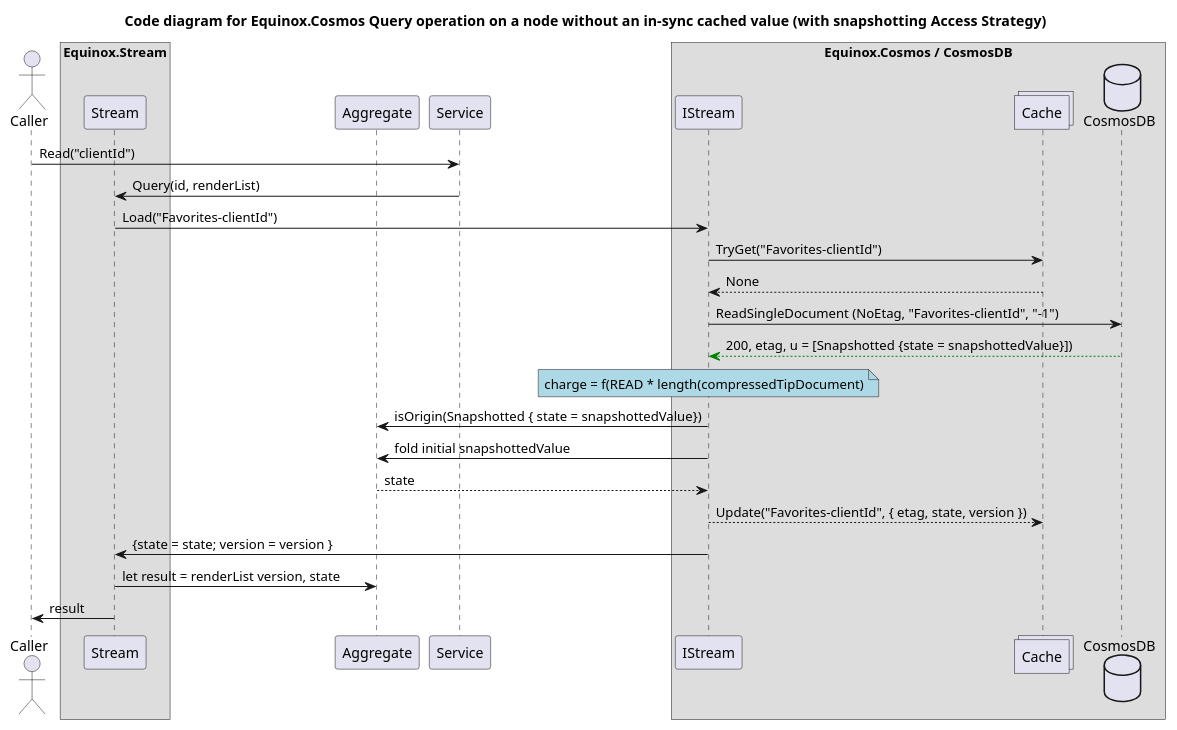
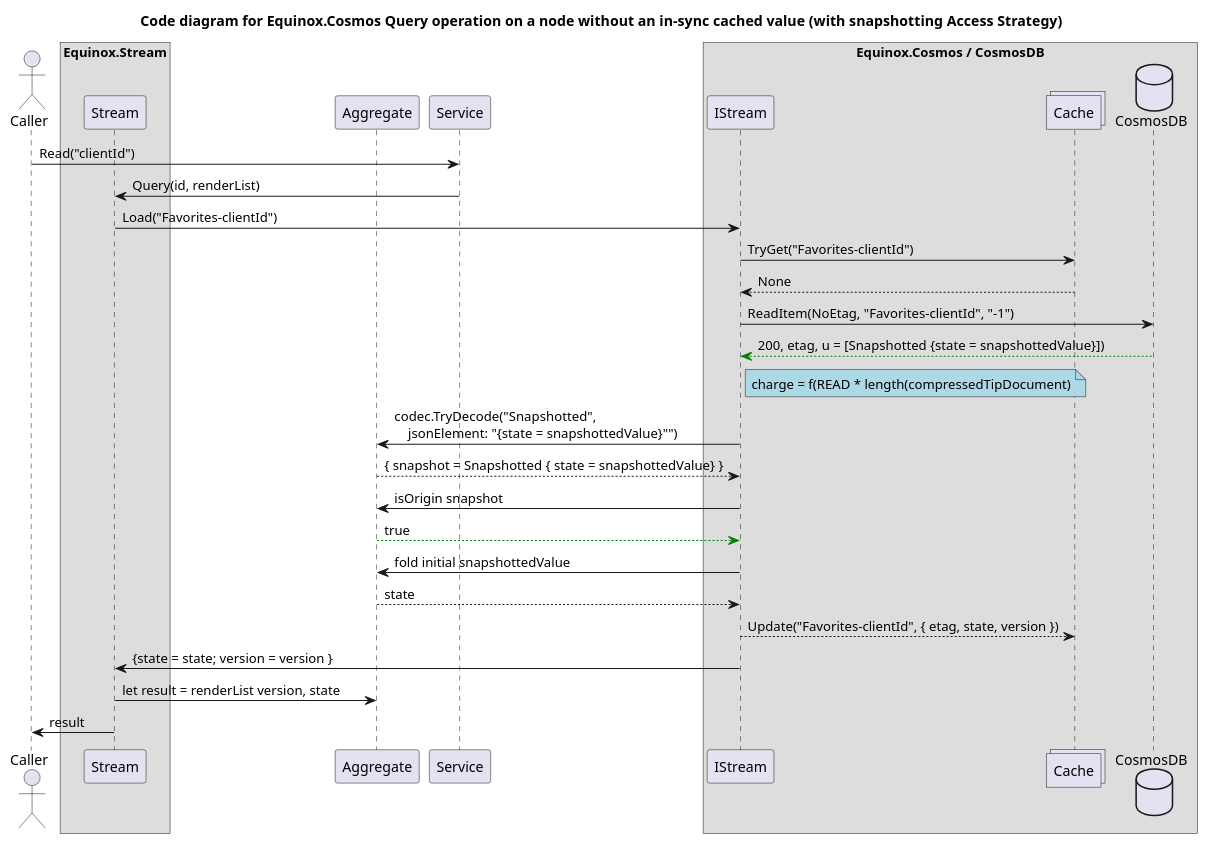
One commit to jet/equinox changed the fourth of 4 diagrams in diagrams/CosmosCode.puml. Above: the diagram before and after it, drawn with PlantUML. The commit also changed other lines of this file, not shown here.

Commit message:
Cosmos tidying

```diff
--- a/diagrams/CosmosCode.puml
+++ b/diagrams/CosmosCode.puml
@@ -136,32 +146,35 @@
 @startuml
 title Code diagram for Equinox.Cosmos Query operation on a node without an in-sync cached value (with snapshotting Access Strategy)
 
 actor Caller order 20
 box "Equinox.Stream"
     participant Stream order 40
 end box
 participant Aggregate order 50
 participant Service order 60
 box "Equinox.Cosmos / CosmosDB"
   participant IStream order 80
   collections Cache order 90
   database CosmosDB order 100
 end box
 
 Caller -> Service: Read("clientId")
 participant Aggregate
 Service -> Stream: Query(id, renderList)
 Stream -> IStream: Load("Favorites-clientId")
 IStream -> Cache: TryGet("Favorites-clientId")
 Cache --> IStream: None
-IStream -> CosmosDB: ReadSingleDocument (NoEtag, "Favorites-clientId", "-1")
+IStream -> CosmosDB: ReadItem(NoEtag, "Favorites-clientId", "-1")
 CosmosDB -[#green]-> IStream: 200, etag, u = [Snapshotted {state = snapshottedValue}])
-note over IStream #lightblue: charge = f(READ * length(compressedTipDocument)
-IStream -> Aggregate: isOrigin(Snapshotted { state = snapshottedValue})
+note right IStream #lightblue: charge = f(READ * length(compressedTipDocument)
+IStream -> Aggregate: codec.TryDecode("Snapshotted",\n    jsonElement: "{state = snapshottedValue}"")
+Aggregate --> IStream: { snapshot = Snapshotted { state = snapshottedValue} }
+IStream -> Aggregate: isOrigin snapshot
+Aggregate -[#green]-> IStream: true
 IStream -> Aggregate: fold initial snapshottedValue
 Aggregate --> IStream: state
 IStream --> Cache: Update("Favorites-clientId", { etag, state, version })
 IStream -> Stream: {state = state; version = version }
 Stream -> Aggregate: let result = renderList version, state
 Stream -> Caller: result
 @enduml
```
